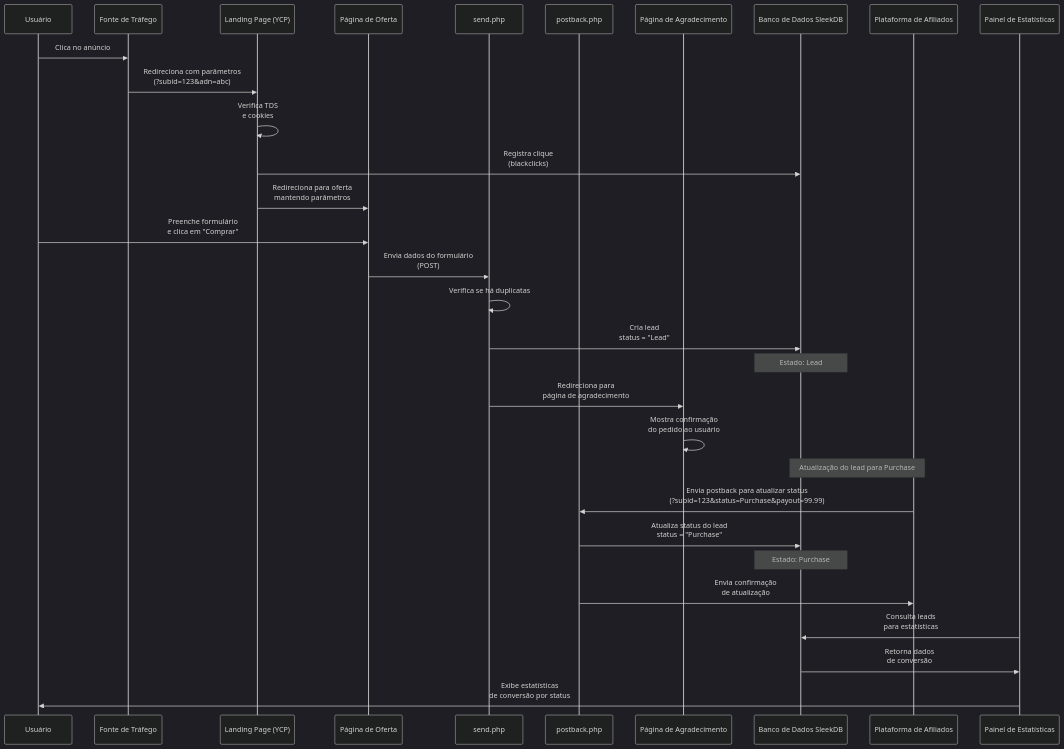
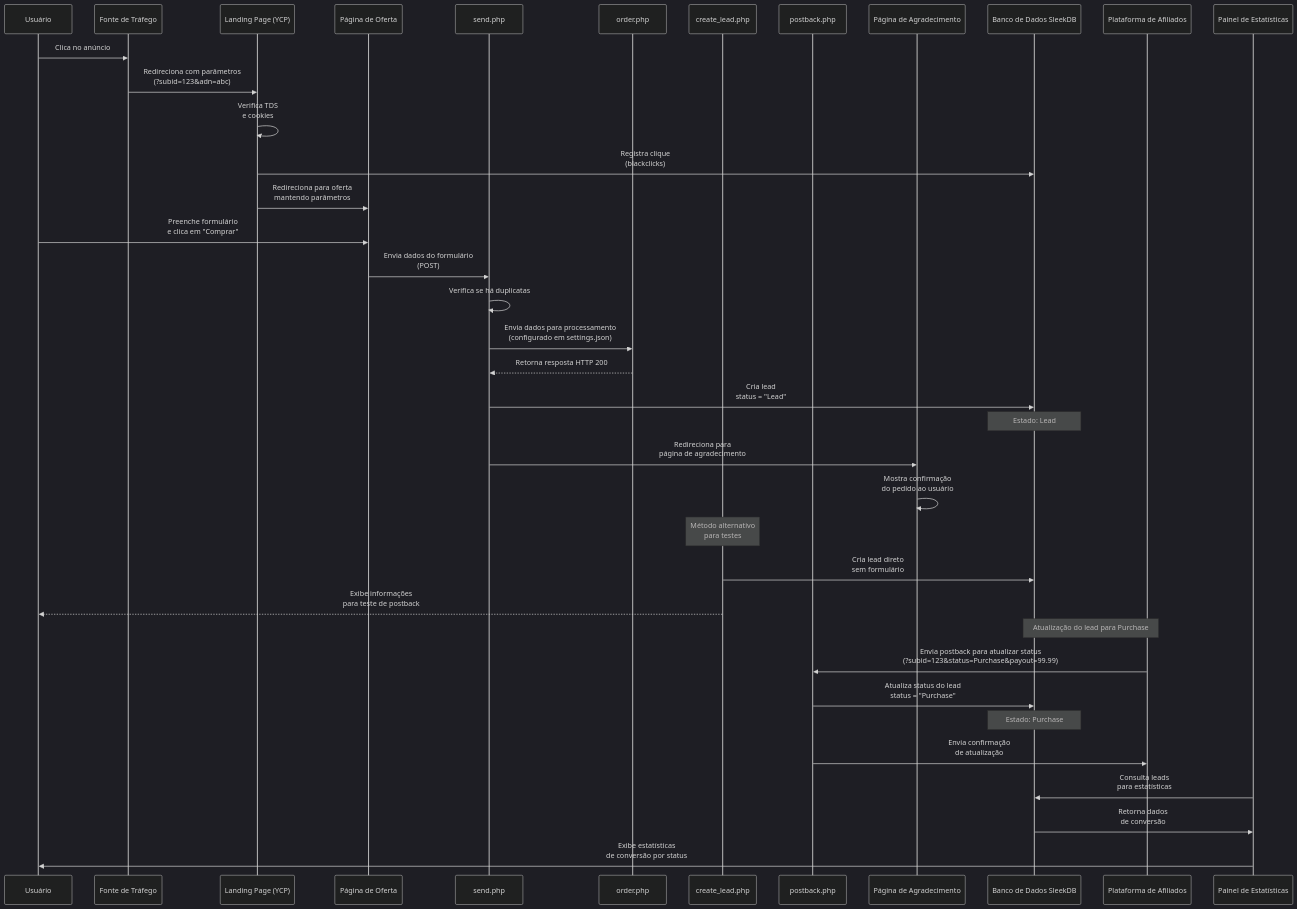
One commit to alexalxs/YCP changed the diagram in docs/flow-diagram.md. Above: the diagram before and after it, drawn with Mermaid (dark theme). The commit also changed other lines of this file and 6 other files, not shown here.

````diff
--- a/docs/flow-diagram.md
+++ b/docs/flow-diagram.md
@@ -7,39 +7,52 @@
 ```mermaid
 sequenceDiagram
     participant U as Usuário
     participant FT as Fonte de Tráfego
     participant LP as Landing Page (YCP)
     participant OF as Página de Oferta
     participant SP as send.php
+    participant OR as order.php
+    participant CL as create_lead.php
     participant PB as postback.php
     participant TY as Página de Agradecimento
     participant DB as Banco de Dados SleekDB
     participant PA as Plataforma de Afiliados
     participant EST as Painel de Estatísticas
 
+    %% Fluxo principal de conversão
     U->>FT: Clica no anúncio
     FT->>LP: Redireciona com parâmetros<br/>(?subid=123&adn=abc)
     LP->>LP: Verifica TDS<br/>e cookies
     LP->>DB: Registra clique<br/>(blackclicks)
     LP->>OF: Redireciona para oferta<br/>mantendo parâmetros
 
     U->>OF: Preenche formulário<br/>e clica em "Comprar"
     OF->>SP: Envia dados do formulário<br/>(POST)
     
     SP->>SP: Verifica se há duplicatas
+    SP->>OR: Envia dados para processamento<br/>(configurado em settings.json)
+    OR-->>SP: Retorna resposta HTTP 200
+    
     SP->>DB: Cria lead<br/>status = "Lead"
     Note over DB: Estado: Lead
     SP->>TY: Redireciona para<br/>página de agradecimento
     
     TY->>TY: Mostra confirmação<br/>do pedido ao usuário
     
+    %% Fluxo alternativo para testes
+    Note over CL: Método alternativo<br/>para testes
+    CL->>DB: Cria lead direto<br/>sem formulário
+    CL-->>U: Exibe informações<br/>para teste de postback
+    
+    %% Atualização via postback
     Note over PA,DB: Atualização do lead para Purchase
     PA->>PB: Envia postback para atualizar status<br/>(?subid=123&status=Purchase&payout=99.99)
     PB->>DB: Atualiza status do lead<br/>status = "Purchase"
     Note over DB: Estado: Purchase
     PB->>PA: Envia confirmação<br/>de atualização
     
+    %% Estatísticas
     EST->>DB: Consulta leads<br/>para estatísticas
     DB->>EST: Retorna dados<br/>de conversão
     EST->>U: Exibe estatísticas<br/>de conversão por status
 ```
````
